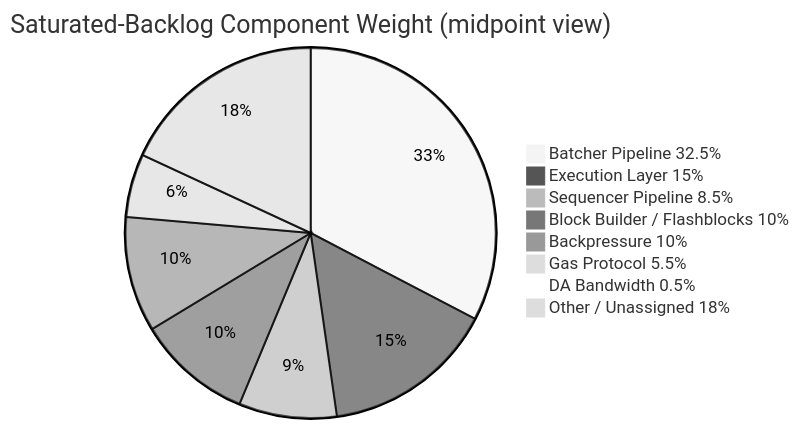
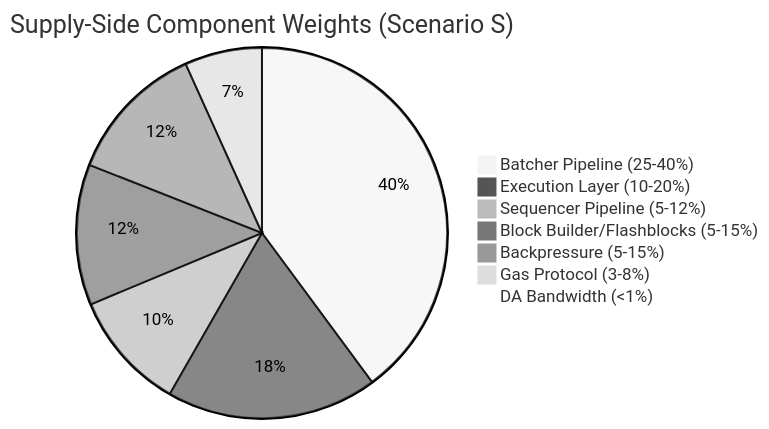
Before and after one commit to Whisker17/multica-research: the second of 4 diagrams in base-perf-analysis/report/final-report.md, drawn with Mermaid (neutral theme). The commit also changed other lines of this file, not shown here.

````diff
--- a/base-perf-analysis/report/final-report.md
+++ b/base-perf-analysis/report/final-report.md
@@ -125,11 +146,10 @@
 ```mermaid
-pie title Saturated-Backlog Component Weight (midpoint view)
-    "Batcher Pipeline 32.5%" : 32.5
-    "Execution Layer 15%" : 15
-    "Sequencer Pipeline 8.5%" : 8.5
-    "Block Builder / Flashblocks 10%" : 10
-    "Backpressure 10%" : 10
-    "Gas Protocol 5.5%" : 5.5
-    "DA Bandwidth 0.5%" : 0.5
-    "Other / Unassigned 18%" : 18
+pie title Supply-Side Component Weights (Scenario S)
+    "Batcher Pipeline (25-40%)" : 32.5
+    "Execution Layer (10-20%)" : 15
+    "Sequencer Pipeline (5-12%)" : 8.5
+    "Block Builder/Flashblocks (5-15%)" : 10
+    "Backpressure (5-15%)" : 10
+    "Gas Protocol (3-8%)" : 5.5
+    "DA Bandwidth (<1%)" : 0.5
 ```
````
